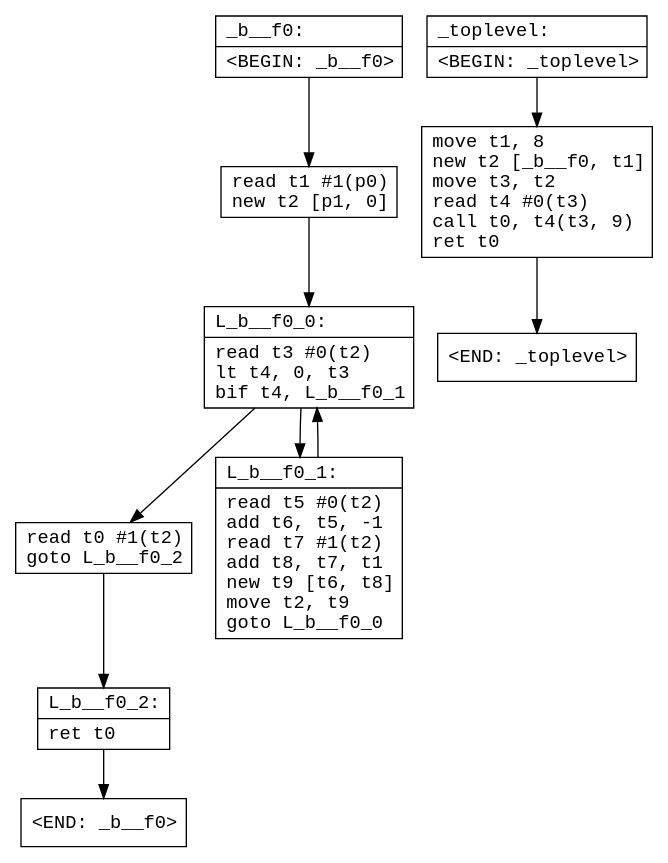
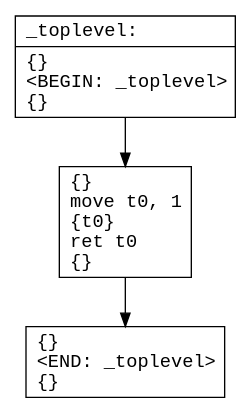
One commit to ore-puzzle/le4com changed the diagram in code/cfg_tmp.dot. Above: the diagram before and after it, drawn with Graphviz. The commit also changed 24 other files, not shown here.

```diff
--- a/code/cfg_tmp.dot
+++ b/code/cfg_tmp.dot
@@ -1,25 +1,9 @@
 digraph CFG {
   node [shape=record fontname="courier"]
-  _b__f00 [label="{_b__f0:\l|\<BEGIN: _b__f0\>\l}"];
-  _b__f01 [label="{read  t1 #1(p0)\lnew  t2 [p1, 0]\l}"];
-  _b__f02 [label="{L_b__f0_0:\l|read  t3 #0(t2)\llt  t4, 0, t3\lbif  t4, L_b__f0_1\l}"];
-  _b__f03 [label="{read  t0 #1(t2)\lgoto  L_b__f0_2\l}"];
-  _b__f04 [label="{L_b__f0_1:\l|read  t5 #0(t2)\ladd  t6, t5, -1\lread  t7 #1(t2)\ladd  t8, t7, t1\lnew  t9 [t6, t8]\lmove  t2, t9\lgoto  L_b__f0_0\l}"];
-  _b__f05 [label="{L_b__f0_2:\l|ret  t0\l}"];
-  _b__f06 [label="{\<END: _b__f0\>\l}"];
-
-  _b__f00 -> _b__f01
-  _b__f01 -> _b__f02
-  _b__f02 -> _b__f04
-  _b__f02 -> _b__f03
-  _b__f03 -> _b__f05
-  _b__f04 -> _b__f02
-  _b__f05 -> _b__f06
-  
-  _toplevel0 [label="{_toplevel:\l|\<BEGIN: _toplevel\>\l}"];
-  _toplevel1 [label="{move  t1, 8\lnew  t2 [_b__f0, t1]\lmove  t3, t2\lread  t4 #0(t3)\lcall  t0, t4(t3, 9)\lret  t0\l}"];
-  _toplevel2 [label="{\<END: _toplevel\>\l}"];
+  _toplevel0 [label="{_toplevel:\l|\{\}\l\<BEGIN: _toplevel\>\l\{\}\l}"];
+  _toplevel1 [label="{\{\}\lmove  t0, 1\l\{t0\}\lret  t0\l\{\}\l}"];
+  _toplevel2 [label="{\{\}\l\<END: _toplevel\>\l\{\}\l}"];
 
   _toplevel0 -> _toplevel1
   _toplevel1 -> _toplevel2
   }
```
